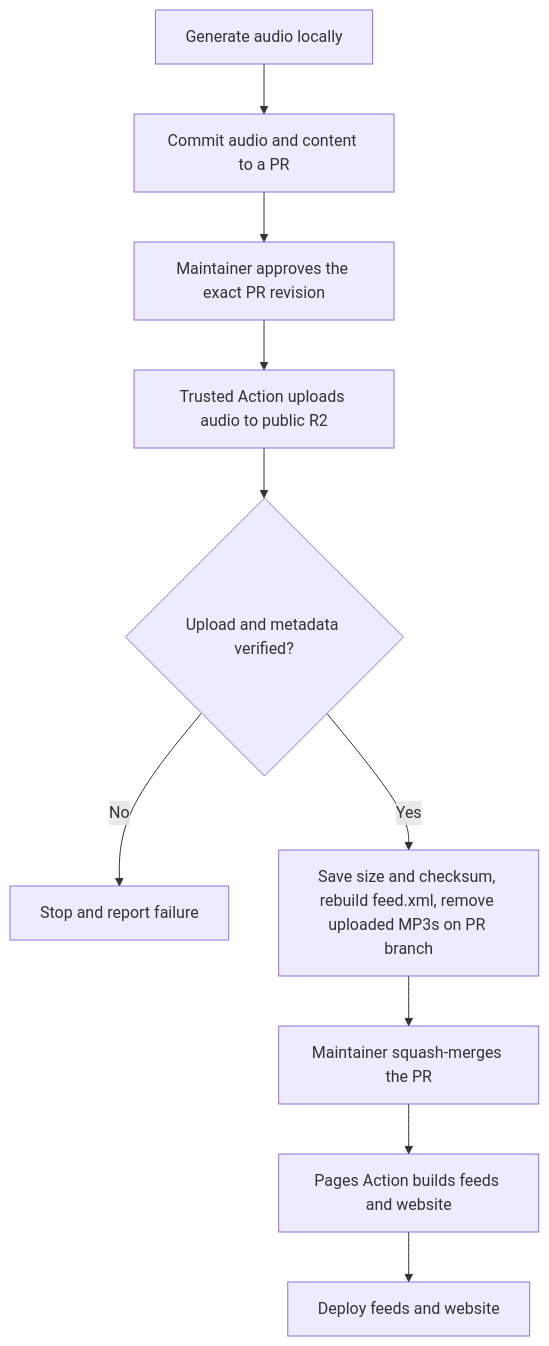
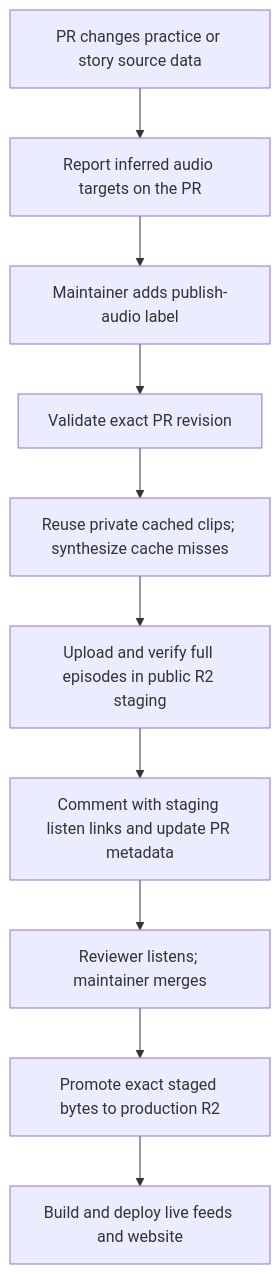
Before and after one commit to trusohamn/repeto: the diagram in docs/deploy.md, drawn with Mermaid. The commit also changed other lines of this file and 17 other files, not shown here.

Commit message:
Feature/audio production pipeline (#9)

````diff
--- a/docs/deploy.md
+++ b/docs/deploy.md
@@ -8,12 +9,12 @@
 ```mermaid
 flowchart TD
-    A["Generate audio locally"] --> B["Commit audio and content to a PR"]
-    B --> C["Maintainer approves the exact PR revision"]
-    C --> D["Trusted Action uploads audio to public R2"]
-    D --> E{"Upload and metadata verified?"}
-    E -- No --> F["Stop and report failure"]
-    E -- Yes --> G["Save size and checksum, rebuild feed.xml, remove uploaded MP3s on PR branch"]
-    G --> H["Maintainer squash-merges the PR"]
-    H --> I["Pages Action builds feeds and website"]
-    I --> J["Deploy feeds and website"]
+    A["PR changes practice or story source data"] --> B["Report inferred audio targets on the PR"]
+    B --> C["Maintainer adds publish-audio label"]
+    C --> D["Validate exact PR revision"]
+    D --> E["Reuse private cached clips; synthesize cache misses"]
+    E --> F["Upload and verify full episodes in public R2 staging"]
+    F --> G["Comment with staging listen links and update PR metadata"]
+    G --> H["Reviewer listens; maintainer merges"]
+    H --> I["Promote exact staged bytes to production R2"]
+    I --> J["Build and deploy live feeds and website"]
 ```
````
